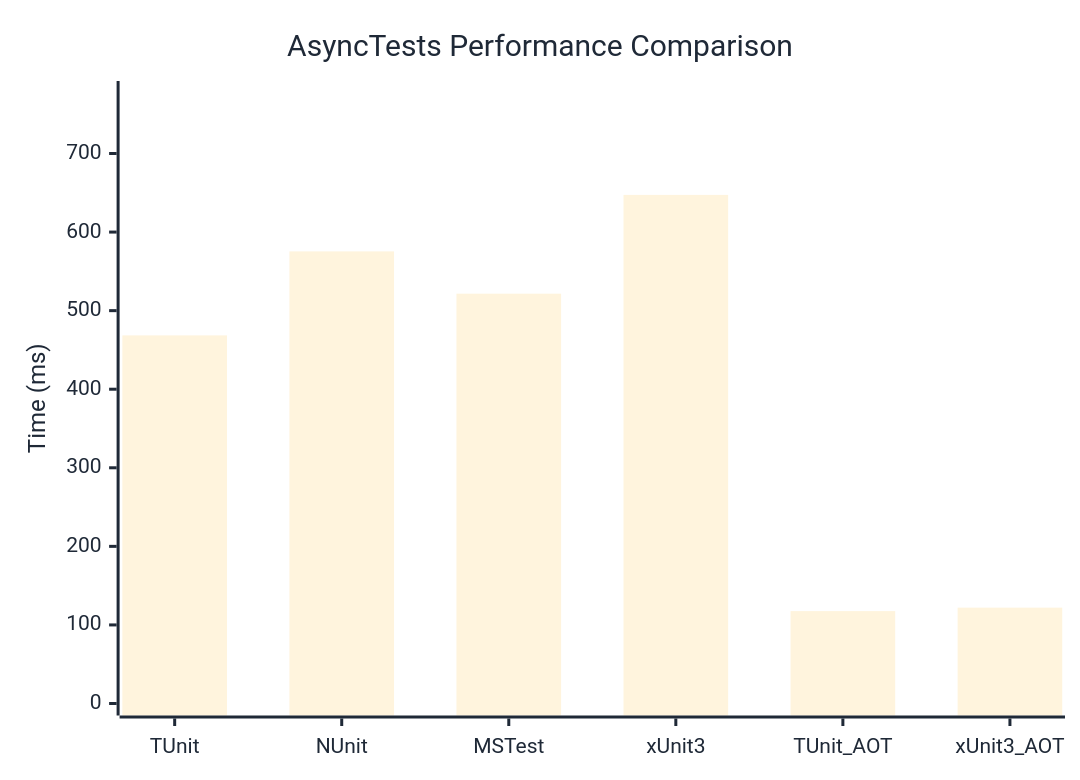
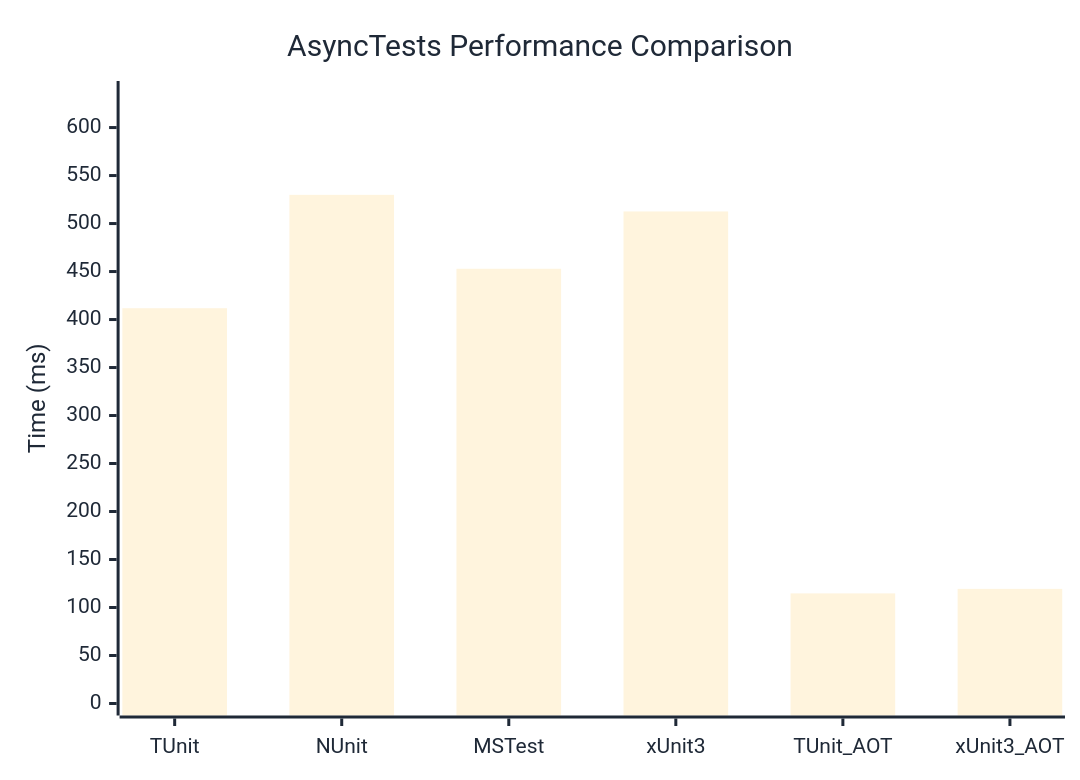
One commit to thomhurst/TUnit changed the diagram in docs/docs/benchmarks/engine/AsyncTests.md. Above: the diagram before and after it, drawn with Mermaid. The commit also changed other lines of this file and 18 other files, not shown here.

````diff
--- a/docs/docs/benchmarks/engine/AsyncTests.md
+++ b/docs/docs/benchmarks/engine/AsyncTests.md
@@ -30,37 +30,37 @@
 ```mermaid
 %%{init: {
   'theme':'base',
   'themeVariables': {
     'primaryColor': '#2563eb',
     'primaryTextColor': '#1f2937',
     'primaryBorderColor': '#1e40af',
     'lineColor': '#6b7280',
     'secondaryColor': '#7c3aed',
     'tertiaryColor': '#dc2626',
     'background': '#ffffff',
     'mainBkg': '#2563eb',
     'secondBkg': '#7c3aed',
     'tertiaryBkg': '#dc2626',
     'clusterBkg': '#f3f4f6',
     'edgeLabelBackground': '#ffffff',
     'tertiaryTextColor': '#1f2937',
     'pie1': '#2563eb',
     'pie2': '#7c3aed',
     'pie3': '#dc2626',
     'pie4': '#f59e0b',
     'pie5': '#10b981',
     'pie6': '#06b6d4',
     'pie7': '#ec4899',
     'pie8': '#6366f1',
     'pie9': '#84cc16',
     'pie10': '#f97316',
     'pie11': '#14b8a6',
     'pie12': '#a855f7'
   }
 }}%%
 xychart-beta
   title "AsyncTests Performance Comparison"
   x-axis ["TUnit", "NUnit", "MSTest", "xUnit3", "TUnit_AOT", "xUnit3_AOT"]
-  y-axis "Time (ms)" 0 --> 777
-  bar [468.5, 575.4, 521.6, 647.3, 117.6, 122]
+  y-axis "Time (ms)" 0 --> 636
+  bar [411.8, 529.9, 452.9, 512.6, 114.7, 119.4]
 ```
````
